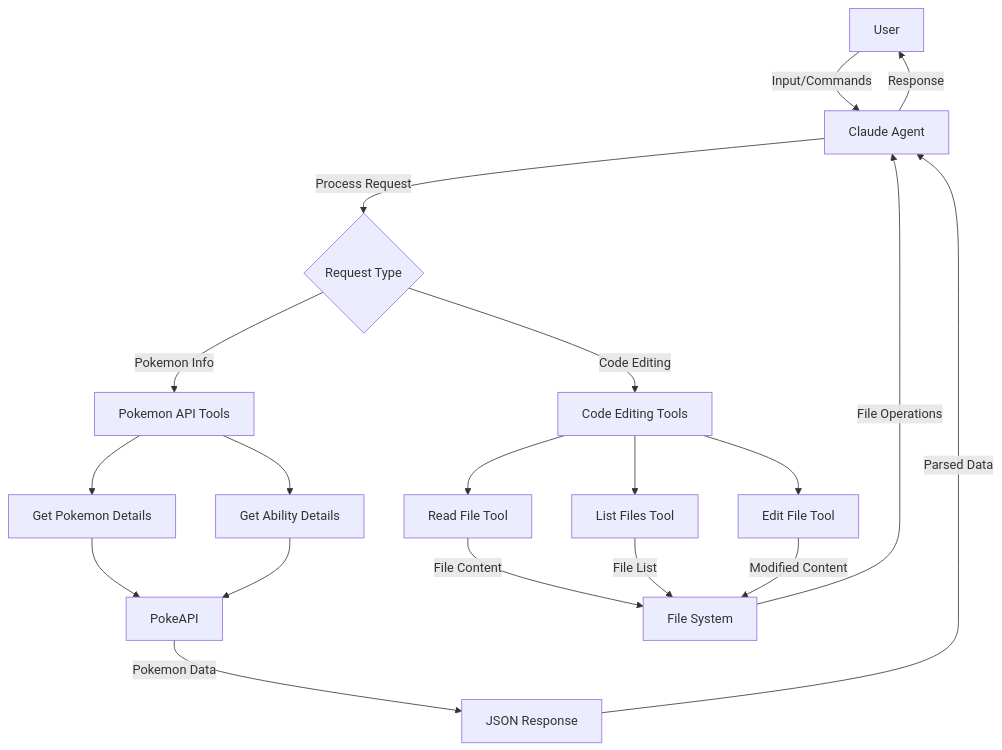
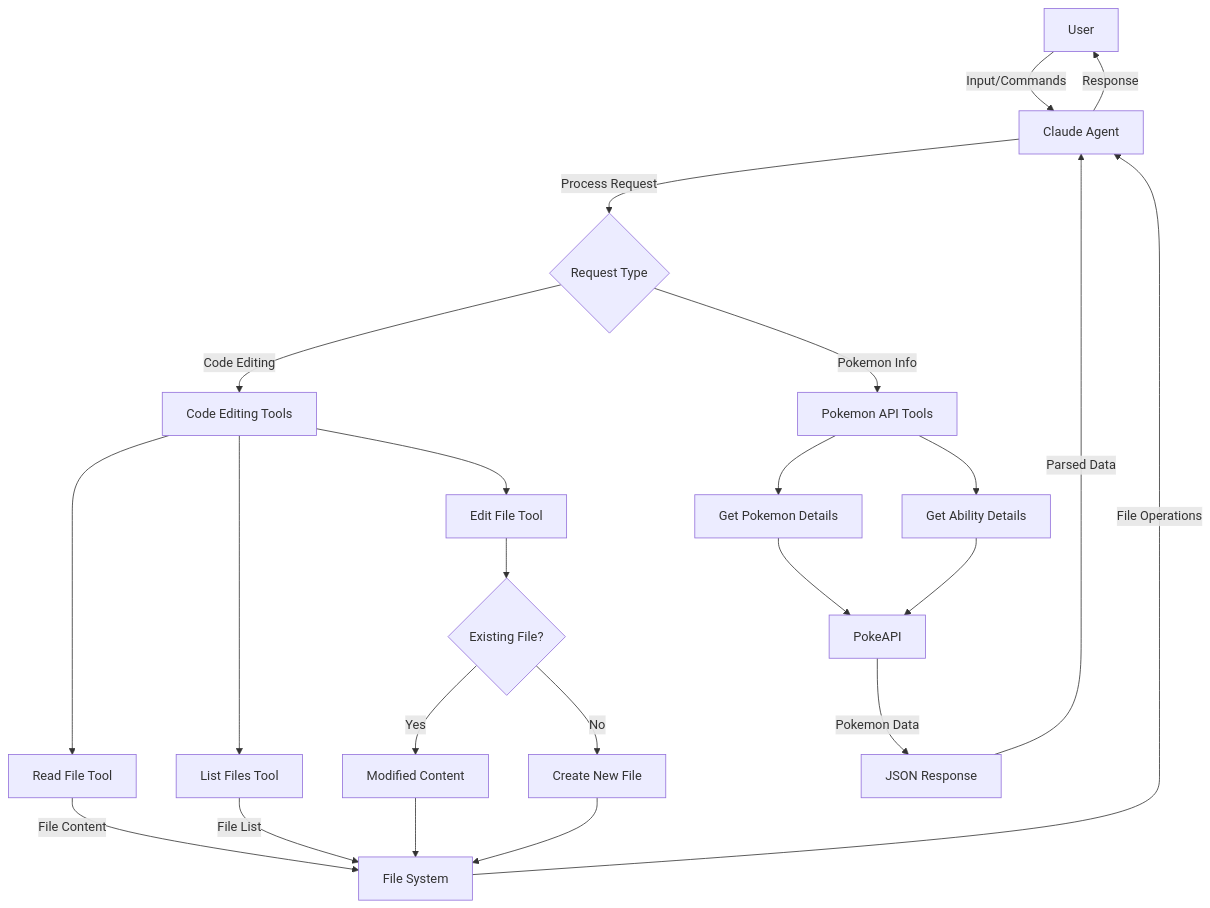
One commit to pararang/mengcp changed the diagram in diagram.md. Above: the diagram before and after it, drawn with Mermaid. The commit also changed 1 other file, not shown here.

````diff
--- a/diagram.md
+++ b/diagram.md
@@ -4,28 +4,30 @@
 ```mermaid
 graph TD
     A[User] -->|Input/Commands| B[Claude Agent]
     B -->|Process Request| C{Request Type}
     
     C -->|Code Editing| D[Code Editing Tools]
     C -->|Pokemon Info| E[Pokemon API Tools]
     
     D --> F[Read File Tool]
     D --> G[List Files Tool]
     D --> H[Edit File Tool]
+    H --> H1{Existing File?}
     
     E --> I[Get Pokemon Details]
     E --> J[Get Ability Details]
     
     I --> K[PokeAPI]
     J --> K[PokeAPI]
     
     F -->|File Content| L[File System]
     G -->|File List| L
-    H -->|Modified Content| L
+    H1 -->|Yes| H2[Modified Content] --> L
+    H1 -->|No| H3[Create New File] --> L
     
     K -->|Pokemon Data| M[JSON Response]
     M -->|Parsed Data| B
     
     L -->|File Operations| B
     B -->|Response| A
 ```
````
